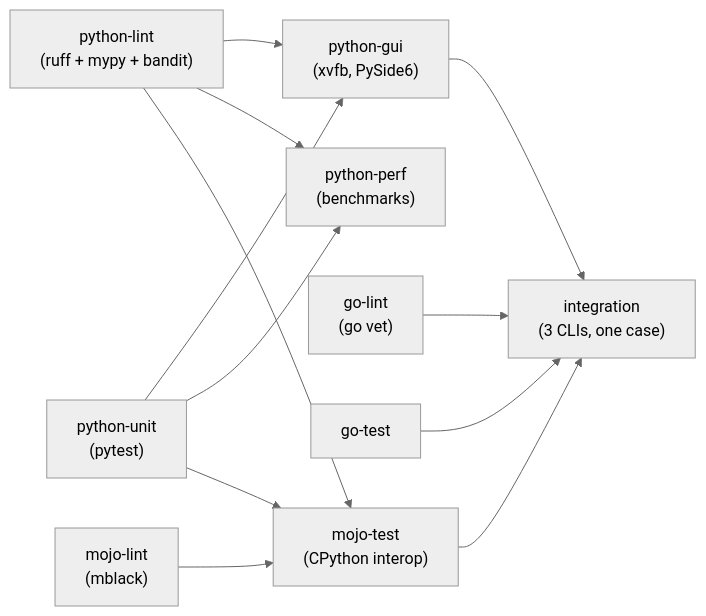
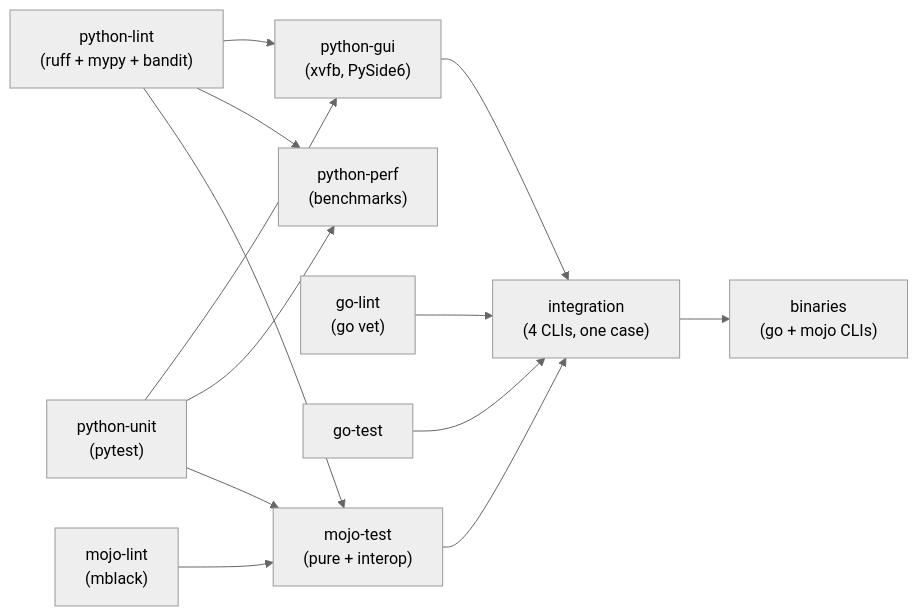
The diagram in docs/ci.md (panjacek/PIM_Calculator), drawn with Mermaid (neutral theme) before and after one commit. The commit also changed other lines of this file and 18 other files, not shown here.

First line of the commit message:
feat(mojo): pure native port, shared dist/ build, release prep (#13)

````diff
--- a/docs/ci.md
+++ b/docs/ci.md
@@ -8,24 +8,26 @@
 ```mermaid
 flowchart LR
     pl["python-lint<br/>(ruff + mypy + bandit)"]
     pu["python-unit<br/>(pytest)"]
     pg["python-gui<br/>(xvfb, PySide6)"]
     pp["python-perf<br/>(benchmarks)"]
     gl["go-lint<br/>(go vet)"]
     gt["go-test"]
     ml["mojo-lint<br/>(mblack)"]
-    mt["mojo-test<br/>(CPython interop)"]
-    ig["integration<br/>(3 CLIs, one case)"]
+    mt["mojo-test<br/>(pure + interop)"]
+    ig["integration<br/>(4 CLIs, one case)"]
+    bn["binaries<br/>(go + mojo CLIs)"]
 
     pl --> pg
     pu --> pg
     pl --> pp
     pu --> pp
     ml --> mt
     pl --> mt
     pu --> mt
     pg --> ig
     gl --> ig
     gt --> ig
     mt --> ig
+    ig --> bn
 ```
````
